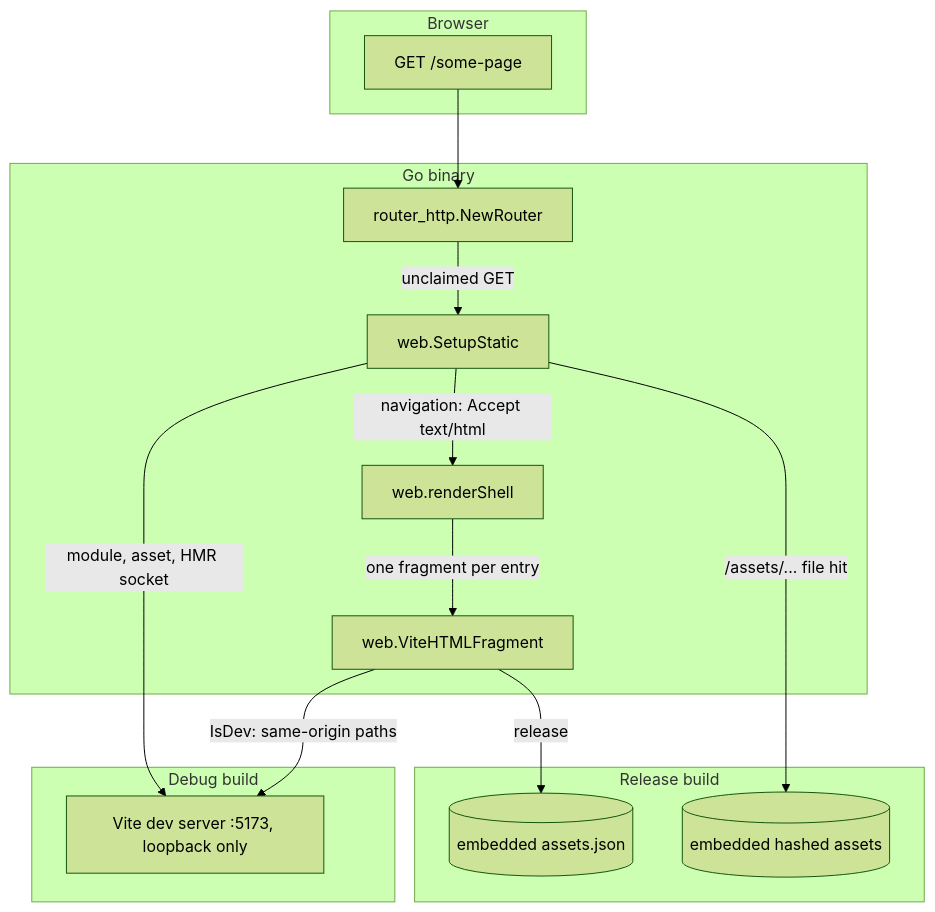
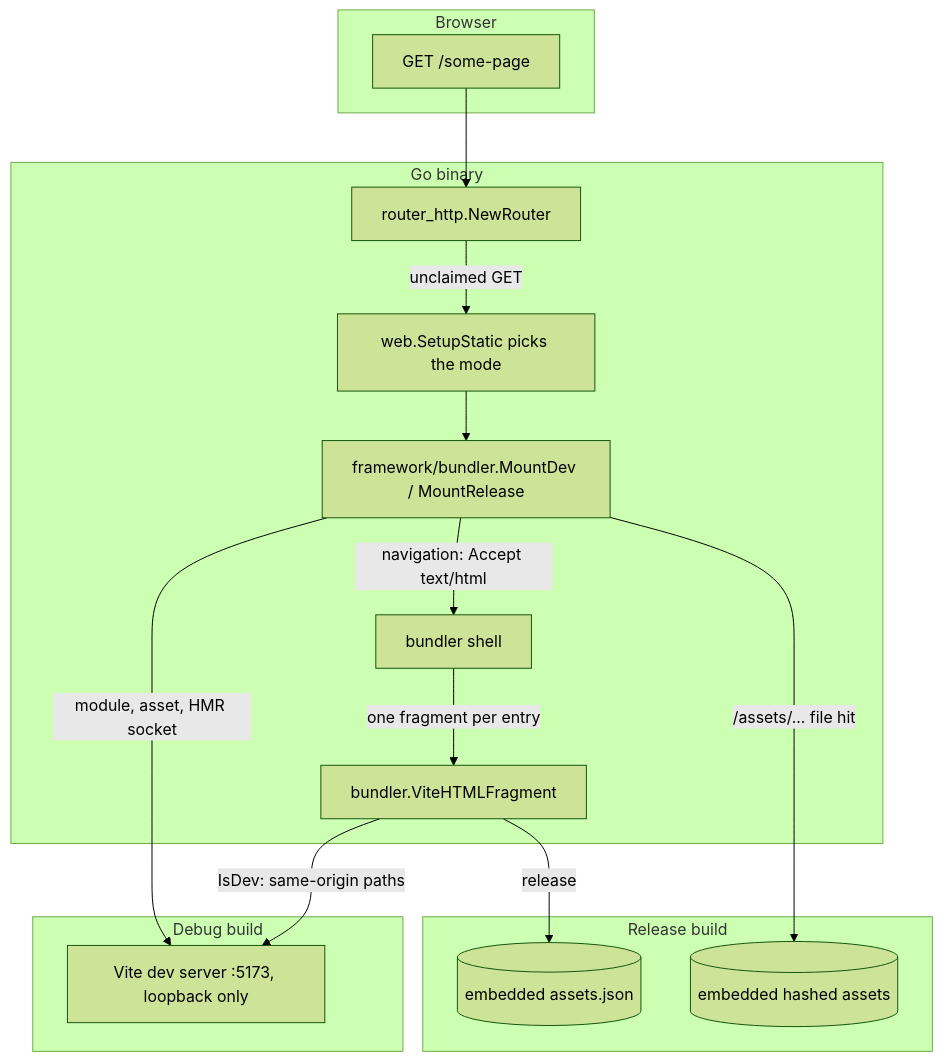
One commit to riipandi/saka changed the diagram in web/README.md. Above: the diagram before and after it, drawn with Mermaid (forest theme). The commit also changed other lines of this file and 15 other files, not shown here.

Commit message:
refactor(framework): extract the frontend bundler integration

````diff
--- a/web/README.md
+++ b/web/README.md
@@ -36,31 +36,33 @@
 ```mermaid
 flowchart TB
     subgraph Browser
         B[GET /some-page]
     end
 
     subgraph Go binary
         R[router_http.NewRouter]
-        S[web.SetupStatic]
-        SH[web.renderShell]
-        F[web.ViteHTMLFragment]
+        S[web.SetupStatic picks the mode]
+        M[framework/bundler.MountDev / MountRelease]
+        SH[bundler shell]
+        F[bundler.ViteHTMLFragment]
     end
 
     subgraph Debug build
         V[Vite dev server :5173, loopback only]
     end
 
     subgraph Release build
-        M[(embedded assets.json)]
+        MM[(embedded assets.json)]
         A[(embedded hashed assets)]
     end
 
     B --> R
     R -->|unclaimed GET| S
-    S -->|navigation: Accept text/html| SH
+    S --> M
+    M -->|navigation: Accept text/html| SH
     SH -->|one fragment per entry| F
     F -->|IsDev: same-origin paths| V
-    F -->|release| M
-    S -->|module, asset, HMR socket| V
-    S -->|/assets/... file hit| A
+    F -->|release| MM
+    M -->|module, asset, HMR socket| V
+    M -->|/assets/... file hit| A
 ```
````
